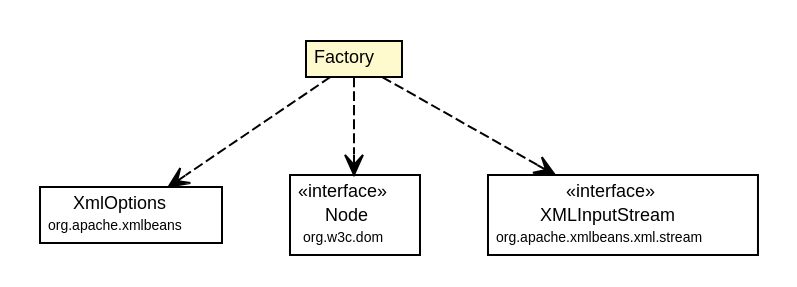
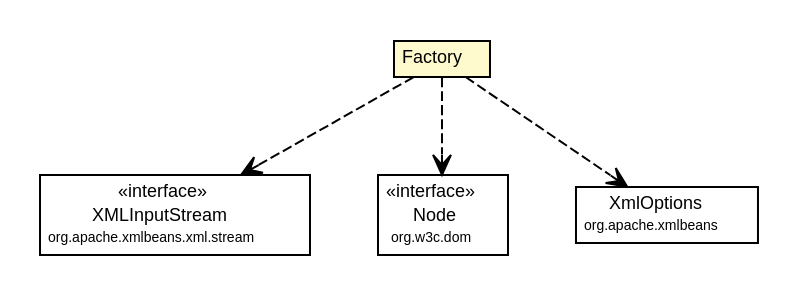
The diagram in site/apidocs/org/synchronoss/cpo/jdbc/cpoJdbcConfig/CtProperty.Factory.dot (synchronoss/cpo-api), drawn with Graphviz before and after one commit. The commit also changed 991 other files, not shown here.

```diff
--- a/site/apidocs/org/synchronoss/cpo/jdbc/cpoJdbcConfig/CtProperty.Factory.dot
+++ b/site/apidocs/org/synchronoss/cpo/jdbc/cpoJdbcConfig/CtProperty.Factory.dot
@@ -1,45 +1,45 @@
 #!/usr/local/bin/dot
 #
 # Class diagram 
 # Generated by UmlGraph version 4.6 (http://www.spinellis.gr/sw/umlgraph)
 #
 
 digraph G {
 	edge [fontname="Helvetica",fontsize=10,labelfontname="Helvetica",labelfontsize=10];
 	node [fontname="Helvetica",fontsize=10,shape=plaintext];
 	// org.synchronoss.cpo.jdbc.cpoJdbcConfig.CtProperty.Factory
 	c40633 [label=<<table border="0" cellborder="1" cellspacing="0" cellpadding="2" port="p" bgcolor="lemonChiffon" href="./CtProperty.Factory.html">
 		<tr><td><table border="0" cellspacing="0" cellpadding="1">
 			<tr><td> Factory </td></tr>
 		</table></td></tr>
 		</table>>, fontname="Helvetica", fontcolor="black", fontsize=9.0];
-	// org.synchronoss.cpo.jdbc.cpoJdbcConfig.CtProperty.Factory DEPEND org.apache.xmlbeans.XmlOptions
+	// org.synchronoss.cpo.jdbc.cpoJdbcConfig.CtProperty.Factory DEPEND org.apache.xmlbeans.xml.stream.XMLInputStream
 	c40633:p -> c40696:p [taillabel="", label="", headlabel="", fontname="Helvetica", fontcolor="black", fontsize=10.0, color="black", arrowhead=open, style=dashed];
 	// org.synchronoss.cpo.jdbc.cpoJdbcConfig.CtProperty.Factory DEPEND org.w3c.dom.Node
 	c40633:p -> c40697:p [taillabel="", label="", headlabel="", fontname="Helvetica", fontcolor="black", fontsize=10.0, color="black", arrowhead=open, style=dashed];
-	// org.synchronoss.cpo.jdbc.cpoJdbcConfig.CtProperty.Factory DEPEND org.apache.xmlbeans.xml.stream.XMLInputStream
+	// org.synchronoss.cpo.jdbc.cpoJdbcConfig.CtProperty.Factory DEPEND org.apache.xmlbeans.XmlOptions
 	c40633:p -> c40698:p [taillabel="", label="", headlabel="", fontname="Helvetica", fontcolor="black", fontsize=10.0, color="black", arrowhead=open, style=dashed];
 	// org.apache.xmlbeans.xml.stream.XMLInputStream
-	c40698 [label=<<table border="0" cellborder="1" cellspacing="0" cellpadding="2" port="p" href="http://java.sun.com/j2se/1.4.2/docs/api/org/apache/xmlbeans/xml/stream/XMLInputStream.html">
+	c40696 [label=<<table border="0" cellborder="1" cellspacing="0" cellpadding="2" port="p" href="http://java.sun.com/j2se/1.4.2/docs/api/org/apache/xmlbeans/xml/stream/XMLInputStream.html">
 		<tr><td><table border="0" cellspacing="0" cellpadding="1">
 			<tr><td> &laquo;interface&raquo; </td></tr>
 			<tr><td> XMLInputStream </td></tr>
 			<tr><td><font point-size="7.0"> org.apache.xmlbeans.xml.stream </font></td></tr>
 		</table></td></tr>
 		</table>>, fontname="Helvetica", fontcolor="black", fontsize=9.0];
 	// org.apache.xmlbeans.XmlOptions
-	c40696 [label=<<table border="0" cellborder="1" cellspacing="0" cellpadding="2" port="p" href="http://java.sun.com/j2se/1.4.2/docs/api/org/apache/xmlbeans/XmlOptions.html">
+	c40698 [label=<<table border="0" cellborder="1" cellspacing="0" cellpadding="2" port="p" href="http://java.sun.com/j2se/1.4.2/docs/api/org/apache/xmlbeans/XmlOptions.html">
 		<tr><td><table border="0" cellspacing="0" cellpadding="1">
 			<tr><td> XmlOptions </td></tr>
 			<tr><td><font point-size="7.0"> org.apache.xmlbeans </font></td></tr>
 		</table></td></tr>
 		</table>>, fontname="Helvetica", fontcolor="black", fontsize=9.0];
 	// org.w3c.dom.Node
 	c40697 [label=<<table border="0" cellborder="1" cellspacing="0" cellpadding="2" port="p" href="http://java.sun.com/j2se/1.4.2/docs/api/org/w3c/dom/Node.html">
 		<tr><td><table border="0" cellspacing="0" cellpadding="1">
 			<tr><td> &laquo;interface&raquo; </td></tr>
 			<tr><td> Node </td></tr>
 			<tr><td><font point-size="7.0"> org.w3c.dom </font></td></tr>
 		</table></td></tr>
 		</table>>, fontname="Helvetica", fontcolor="black", fontsize=9.0];
 }
```
